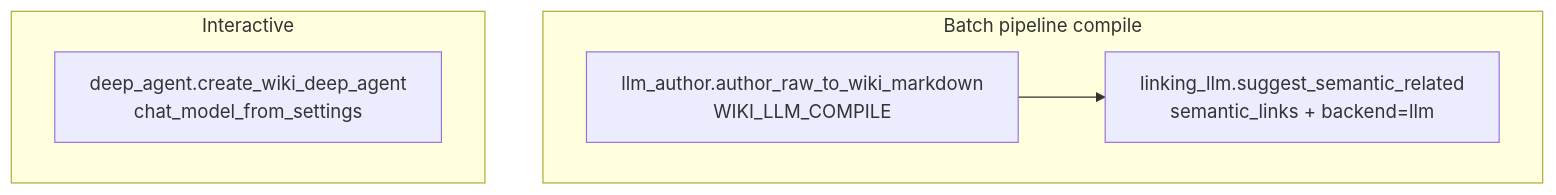
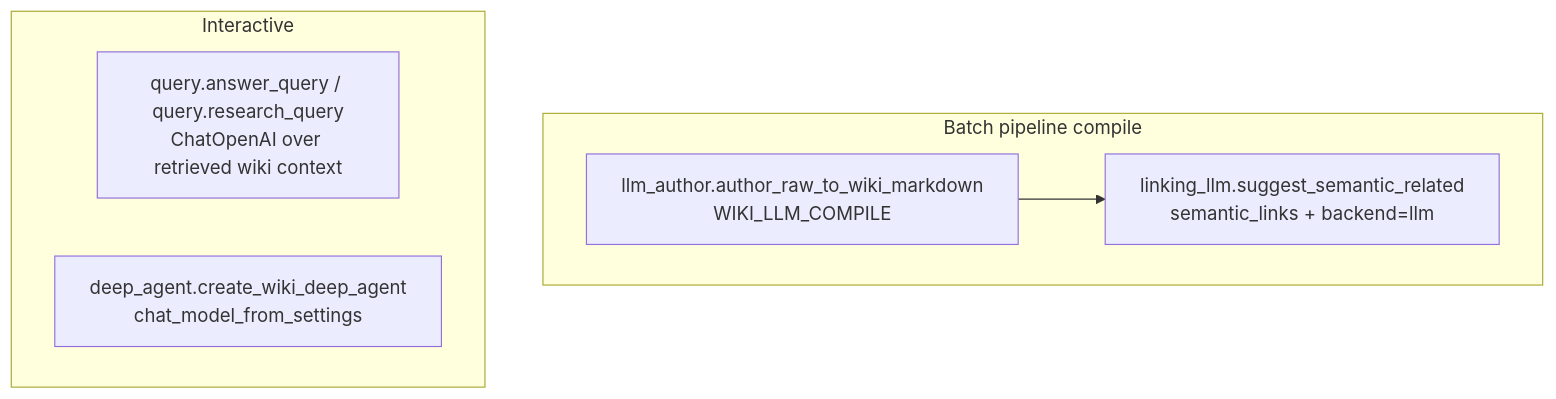
The fourth of 4 diagrams in docs/ARCHITECTURE.md (varunyn/wiki-langGraph), drawn with Mermaid before and after one commit. The commit also changed other lines of this file and 1 other file, not shown here.

Commit message:
docs: document query research and review workflows

````diff
--- a/docs/ARCHITECTURE.md
+++ b/docs/ARCHITECTURE.md
@@ -161,9 +165,10 @@
 ```mermaid
 flowchart TB
   subgraph batch["Batch pipeline compile"]
     A[llm_author.author_raw_to_wiki_markdown<br/>WIKI_LLM_COMPILE] --> B[linking_llm.suggest_semantic_related<br/>semantic_links + backend=llm]
   end
   subgraph interactive["Interactive"]
-    C[deep_agent.create_wiki_deep_agent<br/>chat_model_from_settings]
+    C[query.answer_query / query.research_query<br/>ChatOpenAI over retrieved wiki context]
+    D[deep_agent.create_wiki_deep_agent<br/>chat_model_from_settings]
   end
 ```
````
